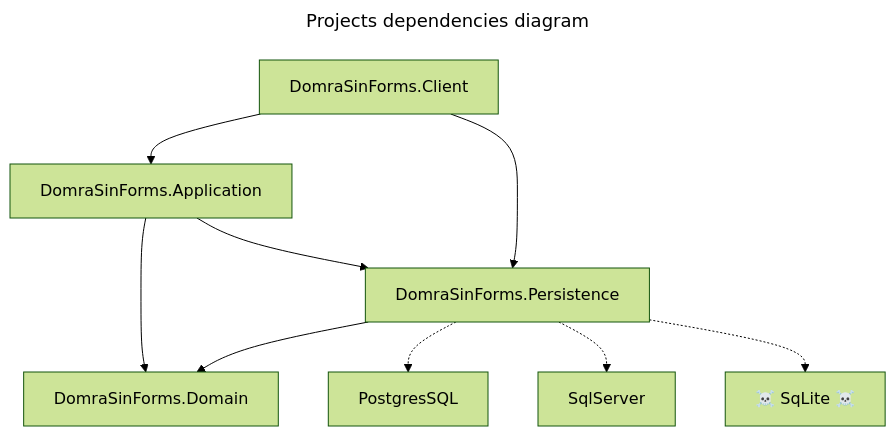
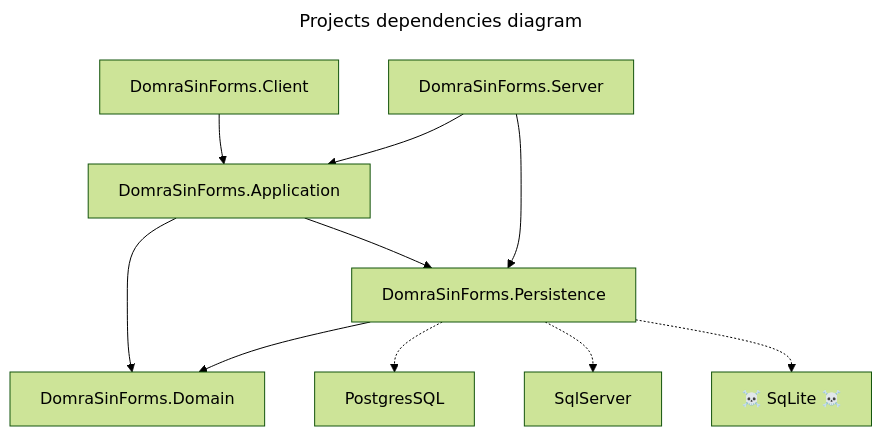
Before and after one commit to Katy248/DomraSinForms: the diagram in README.md, drawn with Mermaid (forest theme). The commit also changed other lines of this file, not shown here.

````diff
--- a/README.md
+++ b/README.md
@@ -5,20 +5,23 @@
 ```mermaid
 ---
 title: Projects dependencies diagram
 ---
 flowchart TB
 client["DomraSinForms.Client"]
 app["DomraSinForms.Application"]
 db["DomraSinForms.Persistence"]
 domain["DomraSinForms.Domain"]
+server["DomraSinForms.Server"]
 
+
+server --> app
+server --> db
 client --> app
-client --> db
 app --> domain
 app --> db
 db --> domain
 
 db -.-> postgres["PostgresSQL"]
 db -.-> mssql["SqlServer"]
 db -.-> sqlite["☠️ SqLite ☠️"]
 ```
````
